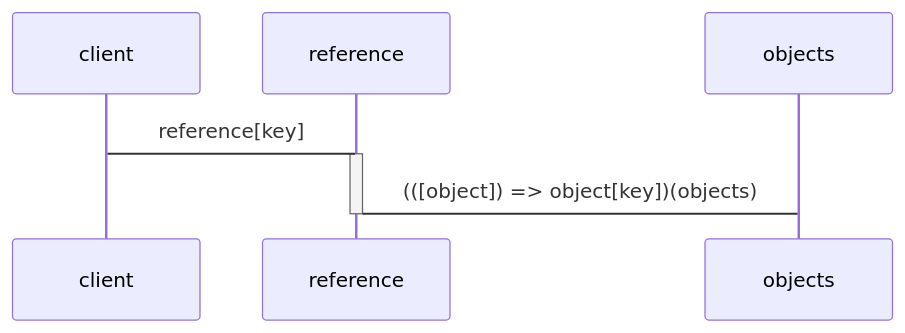
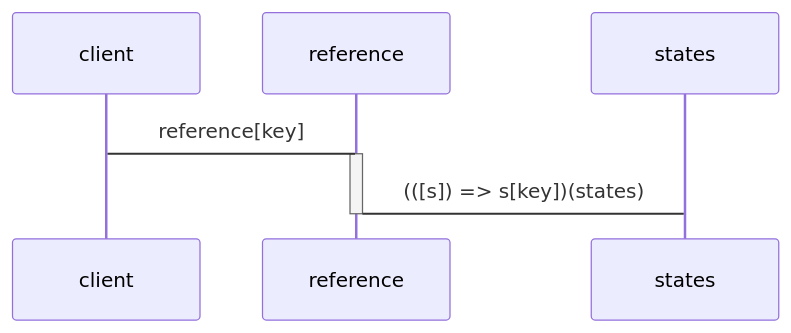
The third of 4 diagrams in README.md (domrally/peekeasy), drawn with Mermaid before and after one commit. The commit also changed other lines of this file, not shown here.

````diff
--- a/README.md
+++ b/README.md
@@ -184,7 +184,7 @@
 ```mermaid
 sequenceDiagram
     client->reference: reference[key]
     activate reference
-    reference->objects: (([object]) => object[key])(objects)
+    reference->states: (([s]) => s[key])(states)
     deactivate reference
 ```
````
